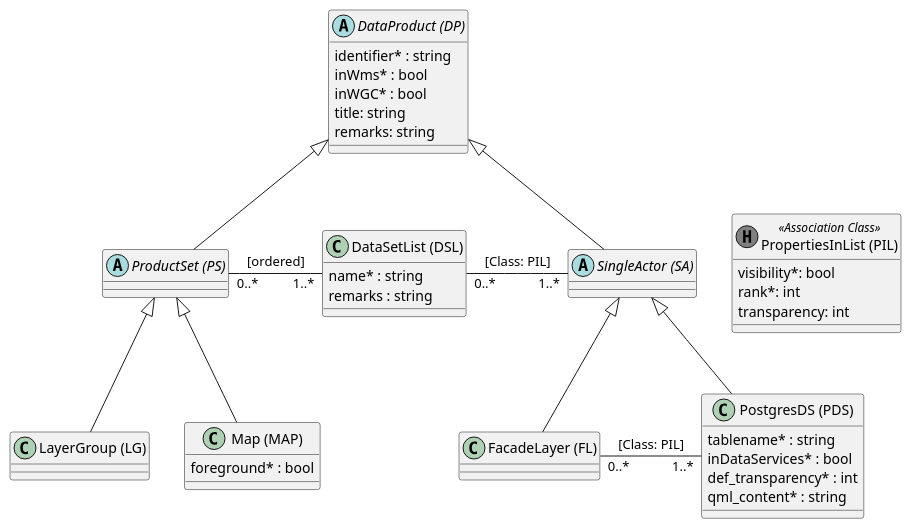
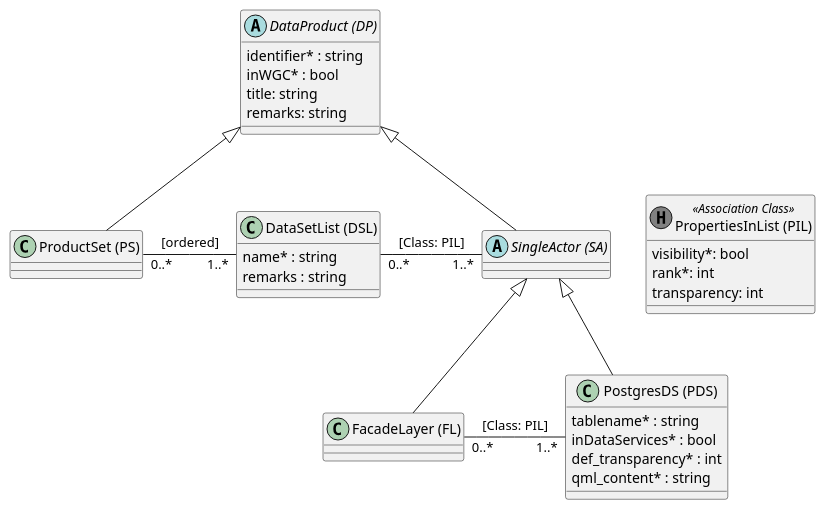
The diagram in puml/src/proto_model_v2.puml (simi-so/mm), drawn with PlantUML before and after one commit. The commit also changed 4 other files, not shown here.

```diff
--- a/puml/src/proto_model_v2.puml
+++ b/puml/src/proto_model_v2.puml
@@ -1,56 +1,48 @@
 @startuml
 
 abstract class "DataProduct (DP)" as dp {
     identifier* : string
-    inWms* : bool
     inWGC* : bool
     title: string
     remarks: string
 }
 
-abstract class "ProductSet (PS)" as ps
-class "LayerGroup (LG)" as lg
-
-class "Map (MAP)" as map {
-    foreground* : bool
-}
+class "ProductSet (PS)" as ps
 
 class "DataSetList (DSL)" as dsl {
     name* : string
     remarks : string
 }
 
 abstract class "SingleActor (SA)" as sa
 
 class "FacadeLayer (FL)" as fl
 
 class "PostgresDS (PDS)" as pds {
     tablename* : string
     inDataServices* : bool
     def_transparency* : int
     qml_content* : string
 }
 
 class "PropertiesInList (PIL)" as pil << (H, grey) Association Class >> {
     visibility*: bool
     rank*: int
     transparency: int
 }
 
 dp <|-- ps
-ps <|-- lg
-ps <|-- map
 
 dp <|-- sa
 sa <|-- pds
 sa <|-- fl
 
 ps "0..*" - "1..*" dsl : [ordered]
 
 dsl "0..*" - "1..*" sa : [Class: PIL]
 fl "0..*" - "1..*" pds : [Class: PIL]
 
 ' layout help
 sa -[hidden]> pil
 
 @enduml
```
